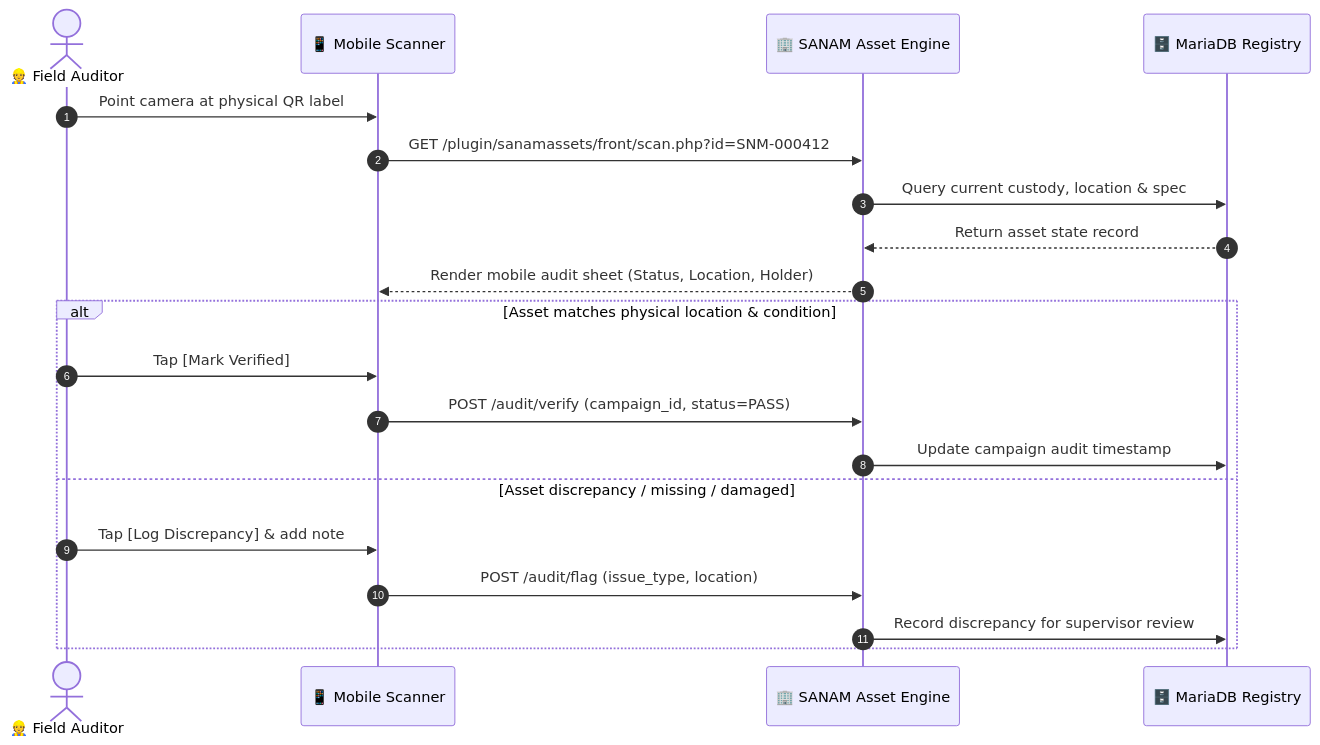
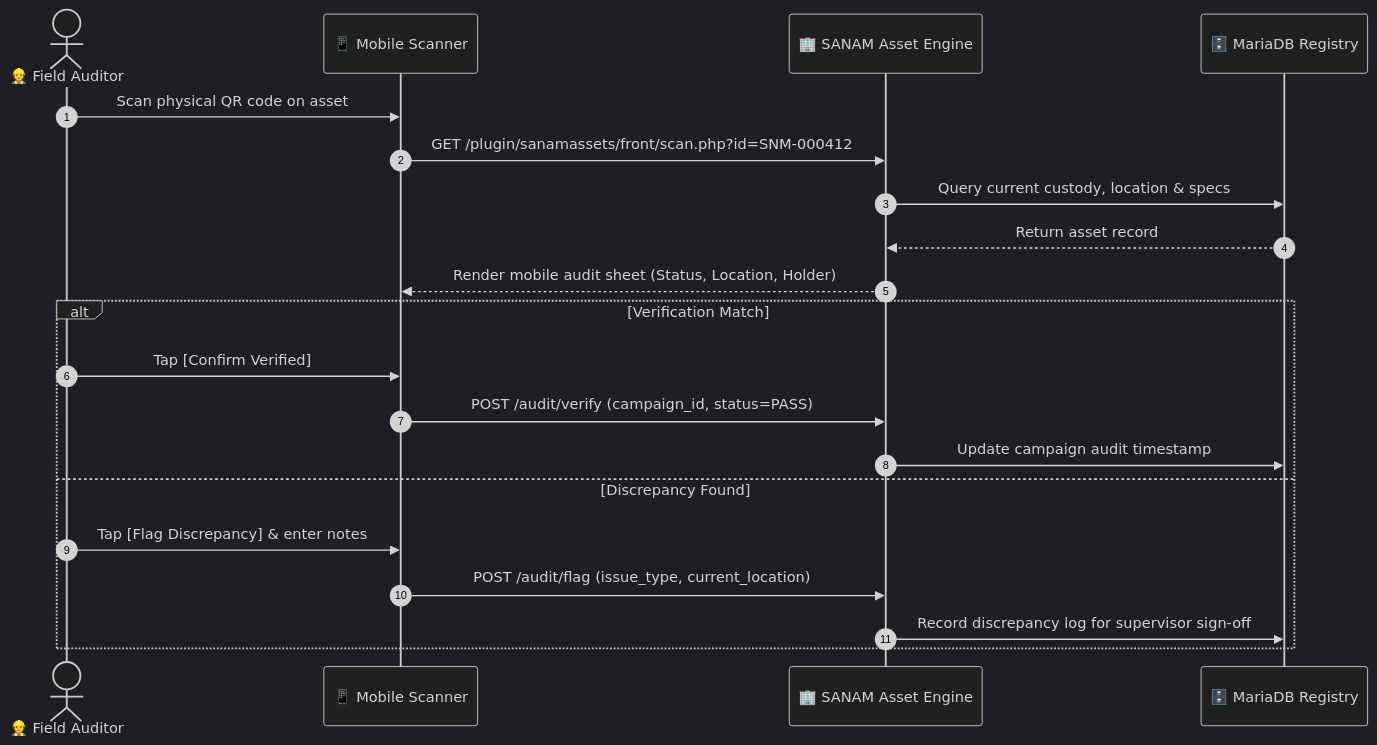
One commit to it1buildhub-hue/SANAM changed the diagram in README.md. Above: the diagram before and after it, drawn with Mermaid. The commit also changed other lines of this file and 3 other files, not shown here.

Commit message:
feat: luxury obsidian & royal gold theme with interactive vector banner, animated typing, and live auditor terminal

````diff
--- a/README.md
+++ b/README.md
@@ -113,24 +155,25 @@
 ```mermaid
+%%{init: {'theme': 'dark', 'themeVariables': { 'primaryColor': '#C4A477', 'primaryTextColor': '#080A10', 'primaryBorderColor': '#D4AF37', 'lineColor': '#E5C78A', 'secondaryColor': '#0E131F', 'tertiaryColor': '#080A10'}}}%%
 sequenceDiagram
     autonumber
     actor Auditor as 👷 Field Auditor
     participant Phone as 📱 Mobile Scanner
     participant SANAM as 🏢 SANAM Asset Engine
     participant DB as 🗄️ MariaDB Registry
 
-    Auditor->>Phone: Point camera at physical QR label
+    Auditor->>Phone: Scan physical QR code on asset
     Phone->>SANAM: GET /plugin/sanamassets/front/scan.php?id=SNM-000412
-    SANAM->>DB: Query current custody, location & spec
-    DB-->>SANAM: Return asset state record
+    SANAM->>DB: Query current custody, location & specs
+    DB-->>SANAM: Return asset record
     SANAM-->>Phone: Render mobile audit sheet (Status, Location, Holder)
     
-    alt Asset matches physical location & condition
-        Auditor->>Phone: Tap [Mark Verified]
+    alt Verification Match
+        Auditor->>Phone: Tap [Confirm Verified]
         Phone->>SANAM: POST /audit/verify (campaign_id, status=PASS)
         SANAM->>DB: Update campaign audit timestamp
-    else Asset discrepancy / missing / damaged
-        Auditor->>Phone: Tap [Log Discrepancy] & add note
-        Phone->>SANAM: POST /audit/flag (issue_type, location)
-        SANAM->>DB: Record discrepancy for supervisor review
+    else Discrepancy Found
+        Auditor->>Phone: Tap [Flag Discrepancy] & enter notes
+        Phone->>SANAM: POST /audit/flag (issue_type, current_location)
+        SANAM->>DB: Record discrepancy log for supervisor sign-off
     end
 ```
````
